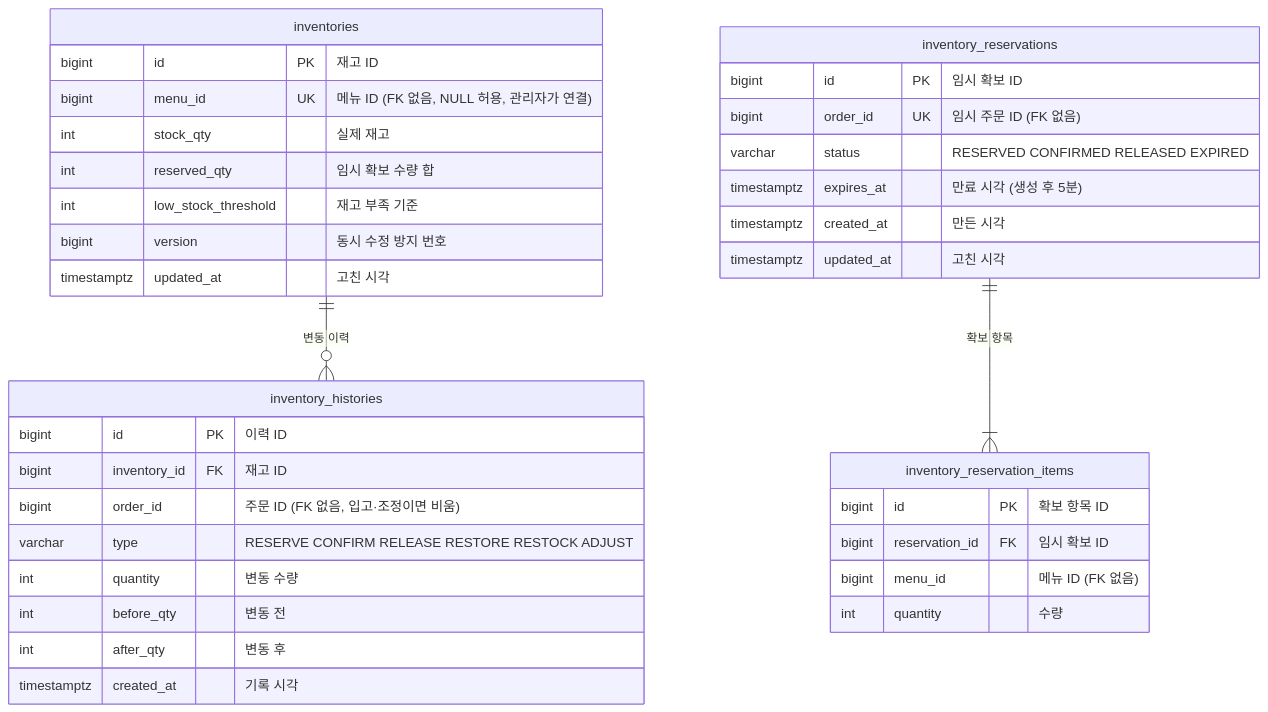
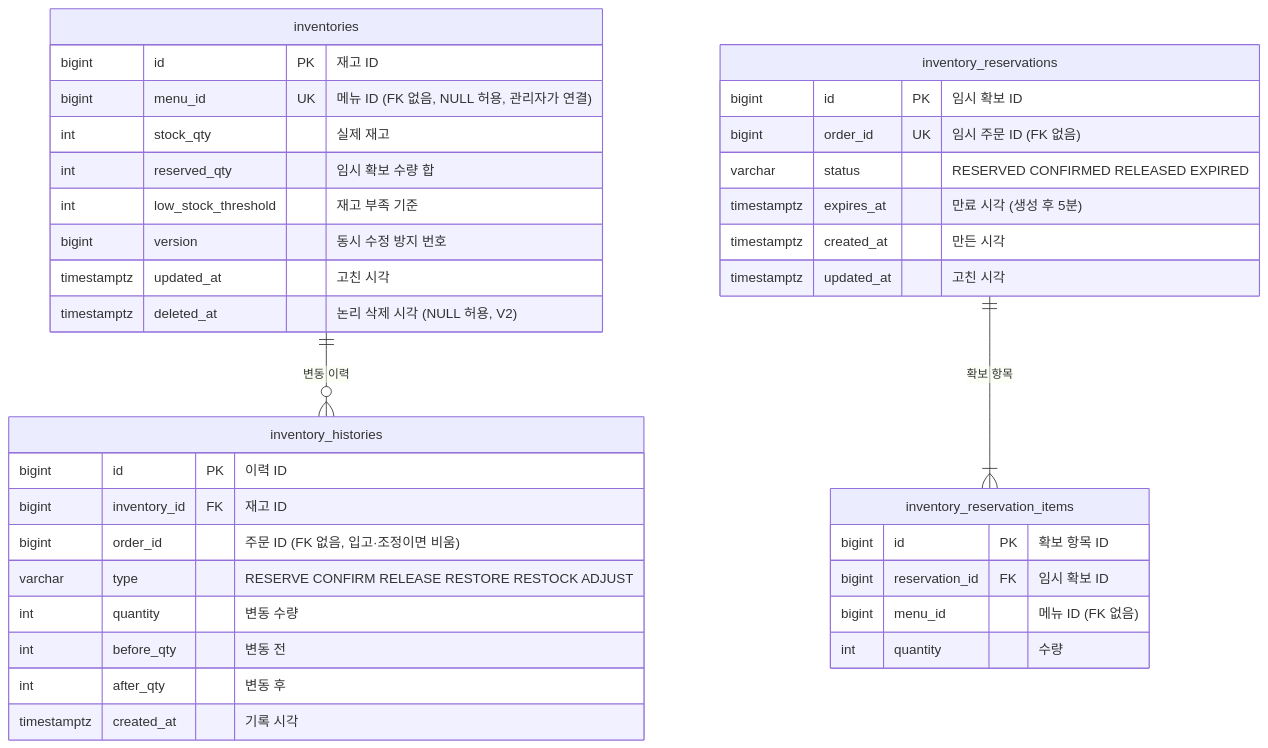
One commit to ktcloud-cloudnative-2026/team02-5xx changed the seventh of 9 diagrams in docs/erd/notion-draft.md. Above: the diagram before and after it, drawn with Mermaid. The commit also changed other lines of this file, not shown here.

Commit message:
docs: align ERD with inventory logical deletion (#193)

````diff
--- a/docs/erd/notion-draft.md
+++ b/docs/erd/notion-draft.md
@@ -359,42 +361,43 @@
 ```mermaid
 erDiagram
     inventories ||--o{ inventory_histories : "변동 이력"
     inventory_reservations ||--|{ inventory_reservation_items : "확보 항목"
 
     inventories {
         bigint id PK "재고 ID"
         bigint menu_id UK "메뉴 ID (FK 없음, NULL 허용, 관리자가 연결)"
         int stock_qty "실제 재고"
         int reserved_qty "임시 확보 수량 합"
         int low_stock_threshold "재고 부족 기준"
         bigint version "동시 수정 방지 번호"
         timestamptz updated_at "고친 시각"
+        timestamptz deleted_at "논리 삭제 시각 (NULL 허용, V2)"
     }
 
     inventory_reservations {
         bigint id PK "임시 확보 ID"
         bigint order_id UK "임시 주문 ID (FK 없음)"
         varchar status "RESERVED CONFIRMED RELEASED EXPIRED"
         timestamptz expires_at "만료 시각 (생성 후 5분)"
         timestamptz created_at "만든 시각"
         timestamptz updated_at "고친 시각"
     }
 
     inventory_reservation_items {
         bigint id PK "확보 항목 ID"
         bigint reservation_id FK "임시 확보 ID"
         bigint menu_id "메뉴 ID (FK 없음)"
         int quantity "수량"
     }
 
     inventory_histories {
         bigint id PK "이력 ID"
         bigint inventory_id FK "재고 ID"
         bigint order_id "주문 ID (FK 없음, 입고·조정이면 비움)"
         varchar type "RESERVE CONFIRM RELEASE RESTORE RESTOCK ADJUST"
         int quantity "변동 수량"
         int before_qty "변동 전"
         int after_qty "변동 후"
         timestamptz created_at "기록 시각"
     }
 ```
````
